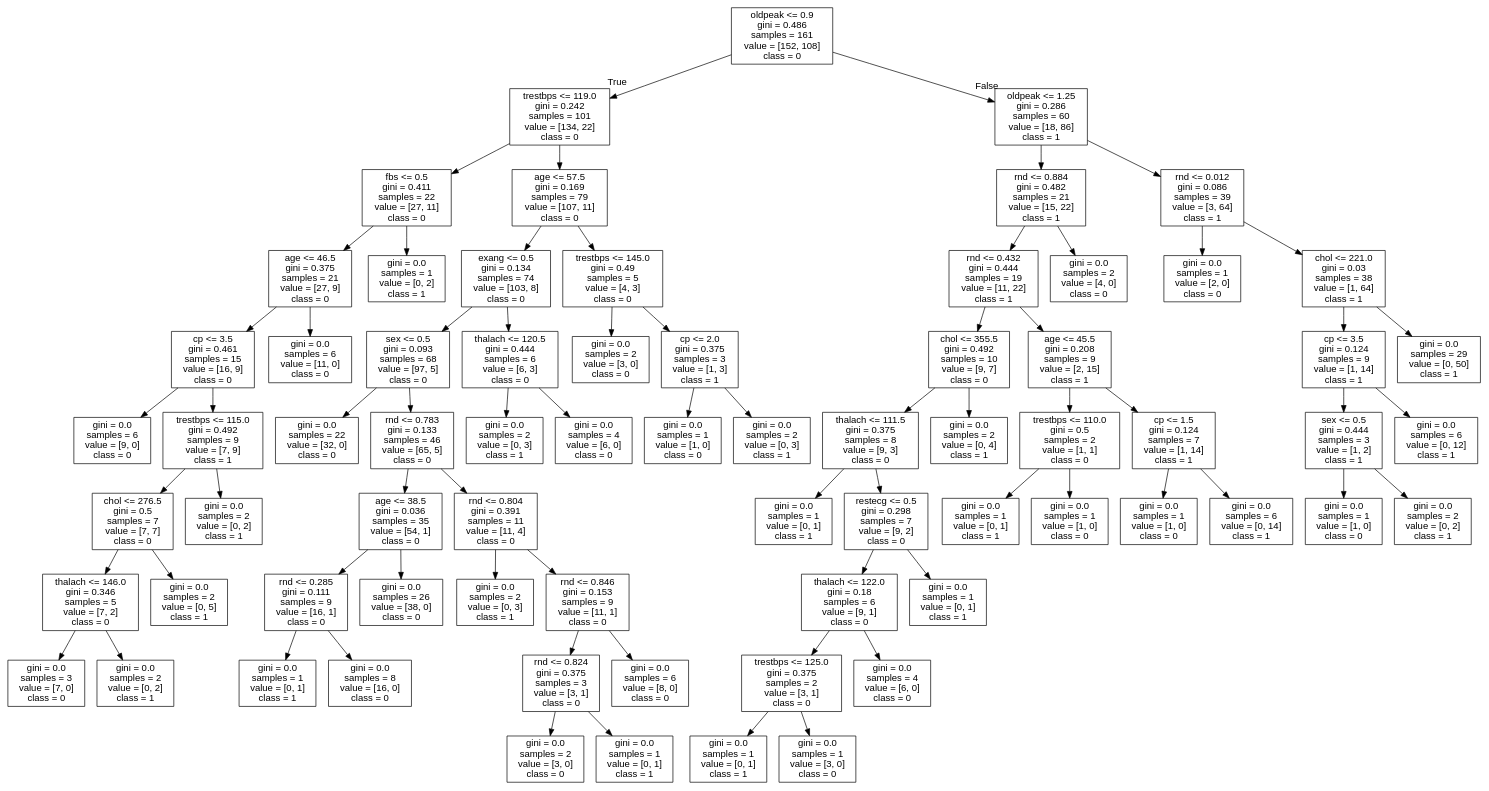
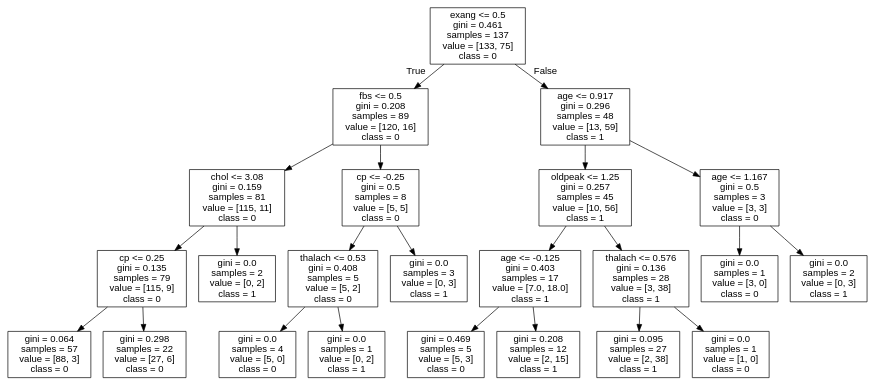
The diagram in data/heartdisease/tree.dot (cyrilvincent/ML), drawn with Graphviz before and after one commit. The commit also changed 2 other files, not shown here.

```diff
--- a/data/heartdisease/tree.dot
+++ b/data/heartdisease/tree.dot
@@ -1,145 +1,49 @@
 digraph Tree {
 node [shape=box, fontname="helvetica"] ;
 edge [fontname="helvetica"] ;
-0 [label="oldpeak <= 0.9\ngini = 0.486\nsamples = 161\nvalue = [152, 108]\nclass = 0"] ;
-1 [label="trestbps <= 119.0\ngini = 0.242\nsamples = 101\nvalue = [134, 22]\nclass = 0"] ;
+0 [label="exang <= 0.5\ngini = 0.461\nsamples = 137\nvalue = [133, 75]\nclass = 0"] ;
+1 [label="fbs <= 0.5\ngini = 0.208\nsamples = 89\nvalue = [120, 16]\nclass = 0"] ;
 0 -> 1 [labeldistance=2.5, labelangle=45, headlabel="True"] ;
-2 [label="fbs <= 0.5\ngini = 0.411\nsamples = 22\nvalue = [27, 11]\nclass = 0"] ;
+2 [label="chol <= 3.08\ngini = 0.159\nsamples = 81\nvalue = [115, 11]\nclass = 0"] ;
 1 -> 2 ;
-3 [label="age <= 46.5\ngini = 0.375\nsamples = 21\nvalue = [27, 9]\nclass = 0"] ;
+3 [label="cp <= 0.25\ngini = 0.135\nsamples = 79\nvalue = [115, 9]\nclass = 0"] ;
 2 -> 3 ;
-4 [label="cp <= 3.5\ngini = 0.461\nsamples = 15\nvalue = [16, 9]\nclass = 0"] ;
+4 [label="gini = 0.064\nsamples = 57\nvalue = [88, 3]\nclass = 0"] ;
 3 -> 4 ;
-5 [label="gini = 0.0\nsamples = 6\nvalue = [9, 0]\nclass = 0"] ;
-4 -> 5 ;
-6 [label="trestbps <= 115.0\ngini = 0.492\nsamples = 9\nvalue = [7, 9]\nclass = 1"] ;
-4 -> 6 ;
-7 [label="chol <= 276.5\ngini = 0.5\nsamples = 7\nvalue = [7, 7]\nclass = 0"] ;
-6 -> 7 ;
-8 [label="thalach <= 146.0\ngini = 0.346\nsamples = 5\nvalue = [7, 2]\nclass = 0"] ;
+5 [label="gini = 0.298\nsamples = 22\nvalue = [27, 6]\nclass = 0"] ;
+3 -> 5 ;
+6 [label="gini = 0.0\nsamples = 2\nvalue = [0, 2]\nclass = 1"] ;
+2 -> 6 ;
+7 [label="cp <= -0.25\ngini = 0.5\nsamples = 8\nvalue = [5, 5]\nclass = 0"] ;
+1 -> 7 ;
+8 [label="thalach <= 0.53\ngini = 0.408\nsamples = 5\nvalue = [5, 2]\nclass = 0"] ;
 7 -> 8 ;
-9 [label="gini = 0.0\nsamples = 3\nvalue = [7, 0]\nclass = 0"] ;
+9 [label="gini = 0.0\nsamples = 4\nvalue = [5, 0]\nclass = 0"] ;
 8 -> 9 ;
-10 [label="gini = 0.0\nsamples = 2\nvalue = [0, 2]\nclass = 1"] ;
+10 [label="gini = 0.0\nsamples = 1\nvalue = [0, 2]\nclass = 1"] ;
 8 -> 10 ;
-11 [label="gini = 0.0\nsamples = 2\nvalue = [0, 5]\nclass = 1"] ;
+11 [label="gini = 0.0\nsamples = 3\nvalue = [0, 3]\nclass = 1"] ;
 7 -> 11 ;
-12 [label="gini = 0.0\nsamples = 2\nvalue = [0, 2]\nclass = 1"] ;
-6 -> 12 ;
-13 [label="gini = 0.0\nsamples = 6\nvalue = [11, 0]\nclass = 0"] ;
-3 -> 13 ;
-14 [label="gini = 0.0\nsamples = 1\nvalue = [0, 2]\nclass = 1"] ;
-2 -> 14 ;
-15 [label="age <= 57.5\ngini = 0.169\nsamples = 79\nvalue = [107, 11]\nclass = 0"] ;
-1 -> 15 ;
-16 [label="exang <= 0.5\ngini = 0.134\nsamples = 74\nvalue = [103, 8]\nclass = 0"] ;
-15 -> 16 ;
-17 [label="sex <= 0.5\ngini = 0.093\nsamples = 68\nvalue = [97, 5]\nclass = 0"] ;
-16 -> 17 ;
-18 [label="gini = 0.0\nsamples = 22\nvalue = [32, 0]\nclass = 0"] ;
+12 [label="age <= 0.917\ngini = 0.296\nsamples = 48\nvalue = [13, 59]\nclass = 1"] ;
+0 -> 12 [labeldistance=2.5, labelangle=-45, headlabel="False"] ;
+13 [label="oldpeak <= 1.25\ngini = 0.257\nsamples = 45\nvalue = [10, 56]\nclass = 1"] ;
+12 -> 13 ;
+14 [label="age <= -0.125\ngini = 0.403\nsamples = 17\nvalue = [7.0, 18.0]\nclass = 1"] ;
+13 -> 14 ;
+15 [label="gini = 0.469\nsamples = 5\nvalue = [5, 3]\nclass = 0"] ;
+14 -> 15 ;
+16 [label="gini = 0.208\nsamples = 12\nvalue = [2, 15]\nclass = 1"] ;
+14 -> 16 ;
+17 [label="thalach <= 0.576\ngini = 0.136\nsamples = 28\nvalue = [3, 38]\nclass = 1"] ;
+13 -> 17 ;
+18 [label="gini = 0.095\nsamples = 27\nvalue = [2, 38]\nclass = 1"] ;
 17 -> 18 ;
-19 [label="rnd <= 0.783\ngini = 0.133\nsamples = 46\nvalue = [65, 5]\nclass = 0"] ;
+19 [label="gini = 0.0\nsamples = 1\nvalue = [1, 0]\nclass = 0"] ;
 17 -> 19 ;
-20 [label="age <= 38.5\ngini = 0.036\nsamples = 35\nvalue = [54, 1]\nclass = 0"] ;
-19 -> 20 ;
-21 [label="rnd <= 0.285\ngini = 0.111\nsamples = 9\nvalue = [16, 1]\nclass = 0"] ;
+20 [label="age <= 1.167\ngini = 0.5\nsamples = 3\nvalue = [3, 3]\nclass = 0"] ;
+12 -> 20 ;
+21 [label="gini = 0.0\nsamples = 1\nvalue = [3, 0]\nclass = 0"] ;
 20 -> 21 ;
-22 [label="gini = 0.0\nsamples = 1\nvalue = [0, 1]\nclass = 1"] ;
-21 -> 22 ;
-23 [label="gini = 0.0\nsamples = 8\nvalue = [16, 0]\nclass = 0"] ;
-21 -> 23 ;
-24 [label="gini = 0.0\nsamples = 26\nvalue = [38, 0]\nclass = 0"] ;
-20 -> 24 ;
-25 [label="rnd <= 0.804\ngini = 0.391\nsamples = 11\nvalue = [11, 4]\nclass = 0"] ;
-19 -> 25 ;
-26 [label="gini = 0.0\nsamples = 2\nvalue = [0, 3]\nclass = 1"] ;
-25 -> 26 ;
-27 [label="rnd <= 0.846\ngini = 0.153\nsamples = 9\nvalue = [11, 1]\nclass = 0"] ;
-25 -> 27 ;
-28 [label="rnd <= 0.824\ngini = 0.375\nsamples = 3\nvalue = [3, 1]\nclass = 0"] ;
-27 -> 28 ;
-29 [label="gini = 0.0\nsamples = 2\nvalue = [3, 0]\nclass = 0"] ;
-28 -> 29 ;
-30 [label="gini = 0.0\nsamples = 1\nvalue = [0, 1]\nclass = 1"] ;
-28 -> 30 ;
-31 [label="gini = 0.0\nsamples = 6\nvalue = [8, 0]\nclass = 0"] ;
-27 -> 31 ;
-32 [label="thalach <= 120.5\ngini = 0.444\nsamples = 6\nvalue = [6, 3]\nclass = 0"] ;
-16 -> 32 ;
-33 [label="gini = 0.0\nsamples = 2\nvalue = [0, 3]\nclass = 1"] ;
-32 -> 33 ;
-34 [label="gini = 0.0\nsamples = 4\nvalue = [6, 0]\nclass = 0"] ;
-32 -> 34 ;
-35 [label="trestbps <= 145.0\ngini = 0.49\nsamples = 5\nvalue = [4, 3]\nclass = 0"] ;
-15 -> 35 ;
-36 [label="gini = 0.0\nsamples = 2\nvalue = [3, 0]\nclass = 0"] ;
-35 -> 36 ;
-37 [label="cp <= 2.0\ngini = 0.375\nsamples = 3\nvalue = [1, 3]\nclass = 1"] ;
-35 -> 37 ;
-38 [label="gini = 0.0\nsamples = 1\nvalue = [1, 0]\nclass = 0"] ;
-37 -> 38 ;
-39 [label="gini = 0.0\nsamples = 2\nvalue = [0, 3]\nclass = 1"] ;
-37 -> 39 ;
-40 [label="oldpeak <= 1.25\ngini = 0.286\nsamples = 60\nvalue = [18, 86]\nclass = 1"] ;
-0 -> 40 [labeldistance=2.5, labelangle=-45, headlabel="False"] ;
-41 [label="rnd <= 0.884\ngini = 0.482\nsamples = 21\nvalue = [15, 22]\nclass = 1"] ;
-40 -> 41 ;
-42 [label="rnd <= 0.432\ngini = 0.444\nsamples = 19\nvalue = [11, 22]\nclass = 1"] ;
-41 -> 42 ;
-43 [label="chol <= 355.5\ngini = 0.492\nsamples = 10\nvalue = [9, 7]\nclass = 0"] ;
-42 -> 43 ;
-44 [label="thalach <= 111.5\ngini = 0.375\nsamples = 8\nvalue = [9, 3]\nclass = 0"] ;
-43 -> 44 ;
-45 [label="gini = 0.0\nsamples = 1\nvalue = [0, 1]\nclass = 1"] ;
-44 -> 45 ;
-46 [label="restecg <= 0.5\ngini = 0.298\nsamples = 7\nvalue = [9, 2]\nclass = 0"] ;
-44 -> 46 ;
-47 [label="thalach <= 122.0\ngini = 0.18\nsamples = 6\nvalue = [9, 1]\nclass = 0"] ;
-46 -> 47 ;
-48 [label="trestbps <= 125.0\ngini = 0.375\nsamples = 2\nvalue = [3, 1]\nclass = 0"] ;
-47 -> 48 ;
-49 [label="gini = 0.0\nsamples = 1\nvalue = [0, 1]\nclass = 1"] ;
-48 -> 49 ;
-50 [label="gini = 0.0\nsamples = 1\nvalue = [3, 0]\nclass = 0"] ;
-48 -> 50 ;
-51 [label="gini = 0.0\nsamples = 4\nvalue = [6, 0]\nclass = 0"] ;
-47 -> 51 ;
-52 [label="gini = 0.0\nsamples = 1\nvalue = [0, 1]\nclass = 1"] ;
-46 -> 52 ;
-53 [label="gini = 0.0\nsamples = 2\nvalue = [0, 4]\nclass = 1"] ;
-43 -> 53 ;
-54 [label="age <= 45.5\ngini = 0.208\nsamples = 9\nvalue = [2, 15]\nclass = 1"] ;
-42 -> 54 ;
-55 [label="trestbps <= 110.0\ngini = 0.5\nsamples = 2\nvalue = [1, 1]\nclass = 0"] ;
-54 -> 55 ;
-56 [label="gini = 0.0\nsamples = 1\nvalue = [0, 1]\nclass = 1"] ;
-55 -> 56 ;
-57 [label="gini = 0.0\nsamples = 1\nvalue = [1, 0]\nclass = 0"] ;
-55 -> 57 ;
-58 [label="cp <= 1.5\ngini = 0.124\nsamples = 7\nvalue = [1, 14]\nclass = 1"] ;
-54 -> 58 ;
-59 [label="gini = 0.0\nsamples = 1\nvalue = [1, 0]\nclass = 0"] ;
-58 -> 59 ;
-60 [label="gini = 0.0\nsamples = 6\nvalue = [0, 14]\nclass = 1"] ;
-58 -> 60 ;
-61 [label="gini = 0.0\nsamples = 2\nvalue = [4, 0]\nclass = 0"] ;
-41 -> 61 ;
-62 [label="rnd <= 0.012\ngini = 0.086\nsamples = 39\nvalue = [3, 64]\nclass = 1"] ;
-40 -> 62 ;
-63 [label="gini = 0.0\nsamples = 1\nvalue = [2, 0]\nclass = 0"] ;
-62 -> 63 ;
-64 [label="chol <= 221.0\ngini = 0.03\nsamples = 38\nvalue = [1, 64]\nclass = 1"] ;
-62 -> 64 ;
-65 [label="cp <= 3.5\ngini = 0.124\nsamples = 9\nvalue = [1, 14]\nclass = 1"] ;
-64 -> 65 ;
-66 [label="sex <= 0.5\ngini = 0.444\nsamples = 3\nvalue = [1, 2]\nclass = 1"] ;
-65 -> 66 ;
-67 [label="gini = 0.0\nsamples = 1\nvalue = [1, 0]\nclass = 0"] ;
-66 -> 67 ;
-68 [label="gini = 0.0\nsamples = 2\nvalue = [0, 2]\nclass = 1"] ;
-66 -> 68 ;
-69 [label="gini = 0.0\nsamples = 6\nvalue = [0, 12]\nclass = 1"] ;
-65 -> 69 ;
-70 [label="gini = 0.0\nsamples = 29\nvalue = [0, 50]\nclass = 1"] ;
-64 -> 70 ;
+22 [label="gini = 0.0\nsamples = 2\nvalue = [0, 3]\nclass = 1"] ;
+20 -> 22 ;
 }
```
